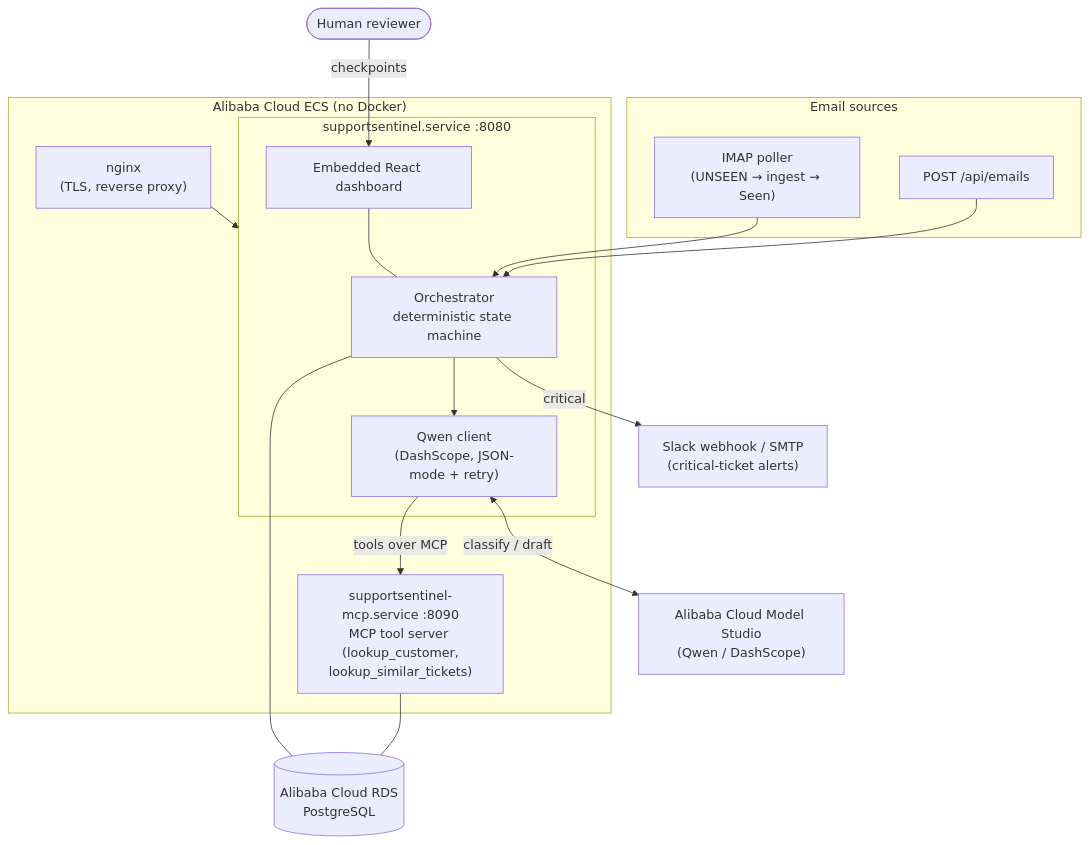
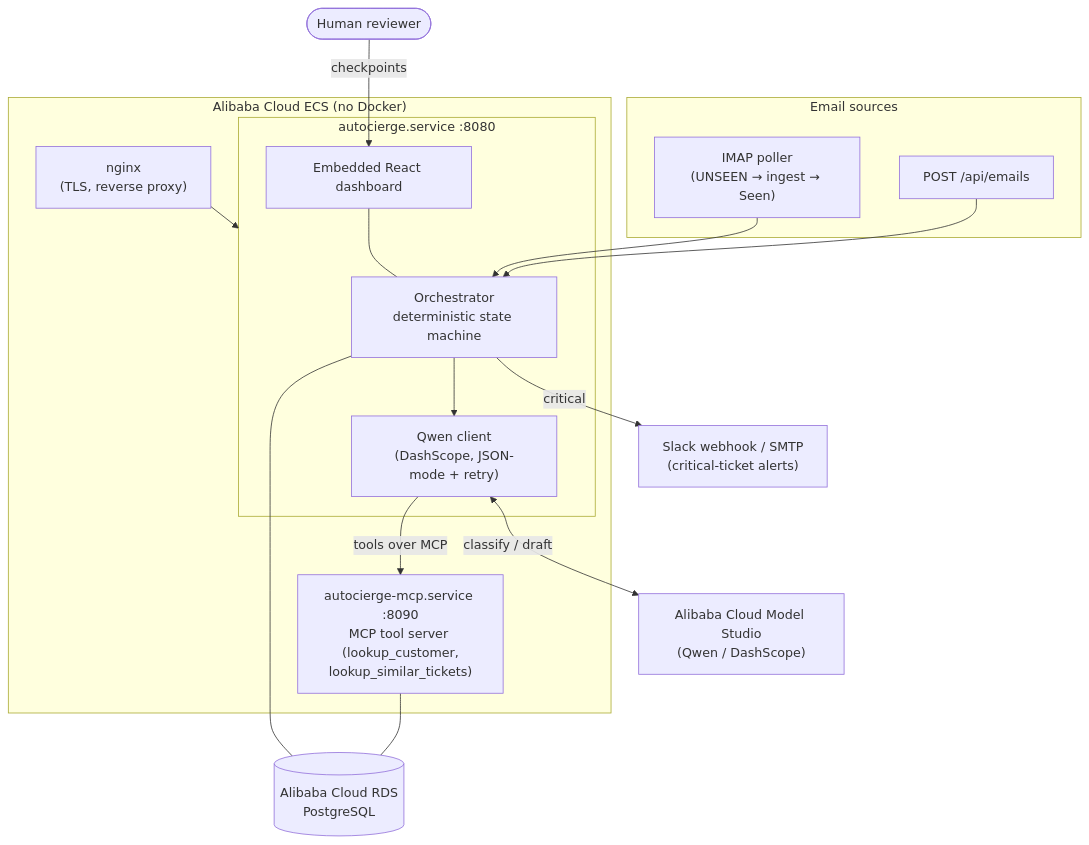
One commit to lemonishi/Autocierge changed the first of 2 diagrams in README.md. Above: the diagram before and after it, drawn with Mermaid. The commit also changed other lines of this file and 70 other files, not shown here.

````diff
--- a/README.md
+++ b/README.md
@@ -15,34 +15,34 @@
 ```mermaid
 flowchart TB
     subgraph Sources["Email sources"]
         HTTP["POST /api/emails"]
         IMAP["IMAP poller<br/>(UNSEEN → ingest → Seen)"]
     end
 
     subgraph ECS["Alibaba Cloud ECS (no Docker)"]
         NGINX["nginx<br/>(TLS, reverse proxy)"]
-        subgraph SERVER["supportsentinel.service :8080"]
+        subgraph SERVER["autocierge.service :8080"]
             ORCH["Orchestrator<br/>deterministic state machine"]
             QWEN["Qwen client<br/>(DashScope, JSON-mode + retry)"]
             UI["Embedded React dashboard"]
         end
-        MCP["supportsentinel-mcp.service :8090<br/>MCP tool server (lookup_customer,<br/>lookup_similar_tickets)"]
+        MCP["autocierge-mcp.service :8090<br/>MCP tool server (lookup_customer,<br/>lookup_similar_tickets)"]
     end
 
     ALI["Alibaba Cloud Model Studio<br/>(Qwen / DashScope)"]
     RDS[("Alibaba Cloud RDS<br/>PostgreSQL")]
     ALERTS["Slack webhook / SMTP<br/>(critical-ticket alerts)"]
     REVIEWER(["Human reviewer"])
 
     HTTP --> ORCH
     IMAP --> ORCH
     ORCH --> QWEN
     QWEN -->|tools over MCP| MCP
     QWEN <-->|classify / draft| ALI
     MCP --- RDS
     ORCH --- RDS
     ORCH -->|critical| ALERTS
     NGINX --> SERVER
     REVIEWER -->|checkpoints| UI
     UI --- ORCH
 ```
````
